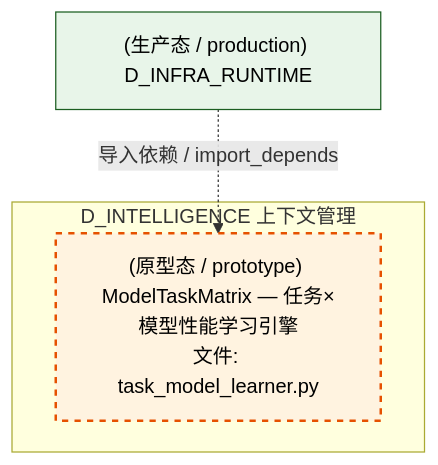
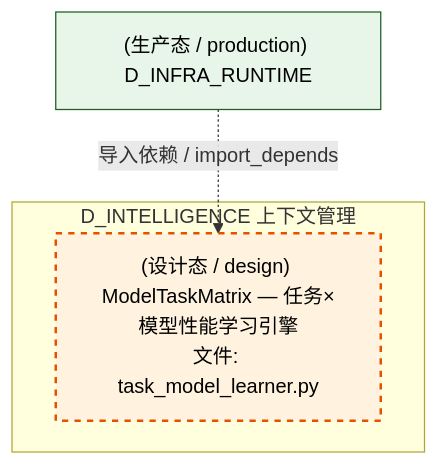
The second of 5 diagrams in docs/02_enterprise_architecture/02_domain_architecture_docs/47_d_intelligence.md (xuanFelixVan/ZephyrAlpha), drawn with Mermaid before and after one commit. The commit also changed other lines of this file and 177 other files, not shown here.

````diff
--- a/docs/02_enterprise_architecture/02_domain_architecture_docs/47_d_intelligence.md
+++ b/docs/02_enterprise_architecture/02_domain_architecture_docs/47_d_intelligence.md
@@ -206,14 +205,14 @@
 ```mermaid
 graph TD
     subgraph D_INTELLIGENCE["D_INTELLIGENCE 上下文管理"]
-        src_zephyr_intelligence_model_profiling_task_model_learner_py["(原型态 / prototype) ModelTaskMatrix — 任务×模型性能学习引擎<br/>文件: task_model_learner.py"]
+        src_zephyr_intelligence_model_profiling_task_model_learner_py["(设计态 / design) ModelTaskMatrix — 任务×模型性能学习引擎<br/>文件: task_model_learner.py"]
     end
     D_INFRA_RUNTIME["(生产态 / production) D_INFRA_RUNTIME"]
     D_INFRA_RUNTIME -.->|导入依赖 / import_depends| src_zephyr_intelligence_model_profiling_task_model_learner_py
     classDef production fill:#e1f5fe,stroke:#01579b,stroke-width:2px,color:#000
     classDef design fill:#fff3e0,stroke:#e65100,stroke-width:2px,color:#000,stroke-dasharray: 5 5
     classDef external_prod fill:#e8f5e9,stroke:#1b5e20,stroke-width:1px,color:#000
     classDef external_design fill:#fce4ec,stroke:#880e4f,stroke-width:1px,color:#000,stroke-dasharray: 5 5
     class src_zephyr_intelligence_model_profiling_task_model_learner_py design
     class D_INFRA_RUNTIME external_prod
 ```
````
